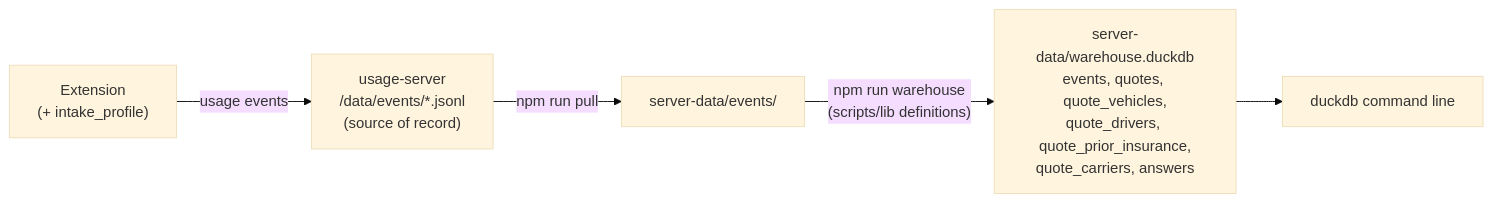
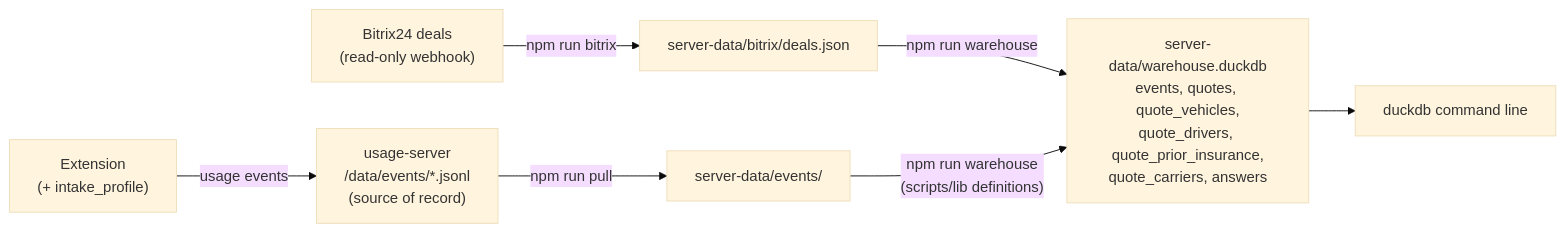
Before and after one commit to lutfikeskin/tni-rater-autofill: the diagram in docs/quoting-history-database.md, drawn with Mermaid (base theme). The commit also changed other lines of this file and 8 other files, not shown here.

First line of the commit message:
Warehouse: TNI's sales from Bitrix, joined to quotes by their intake PDF (#562)

````diff
--- a/docs/quoting-history-database.md
+++ b/docs/quoting-history-database.md
@@ -109,7 +110,9 @@
 ```mermaid
 flowchart LR
   EXT["Extension<br/>(+ intake_profile)"] -- "usage events" --> SRV["usage-server<br/>/data/events/*.jsonl<br/>(source of record)"]
   SRV -- "npm run pull" --> LOCAL["server-data/events/"]
+  BX["Bitrix24 deals<br/>(read-only webhook)"] -- "npm run bitrix" --> BXL["server-data/bitrix/deals.json"]
+  BXL -- "npm run warehouse" --> DUCK
   LOCAL -- "npm run warehouse<br/>(scripts/lib definitions)" --> DUCK["server-data/warehouse.duckdb<br/>events, quotes, quote_vehicles,<br/>quote_drivers, quote_prior_insurance,<br/>quote_carriers, answers"]
   DUCK --> SQL["duckdb command line"]
 ```
````
